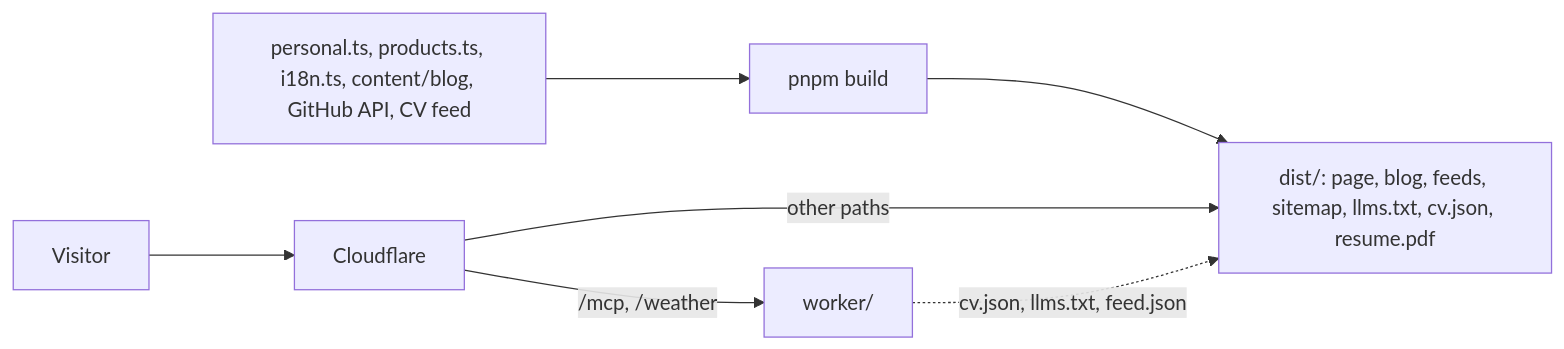
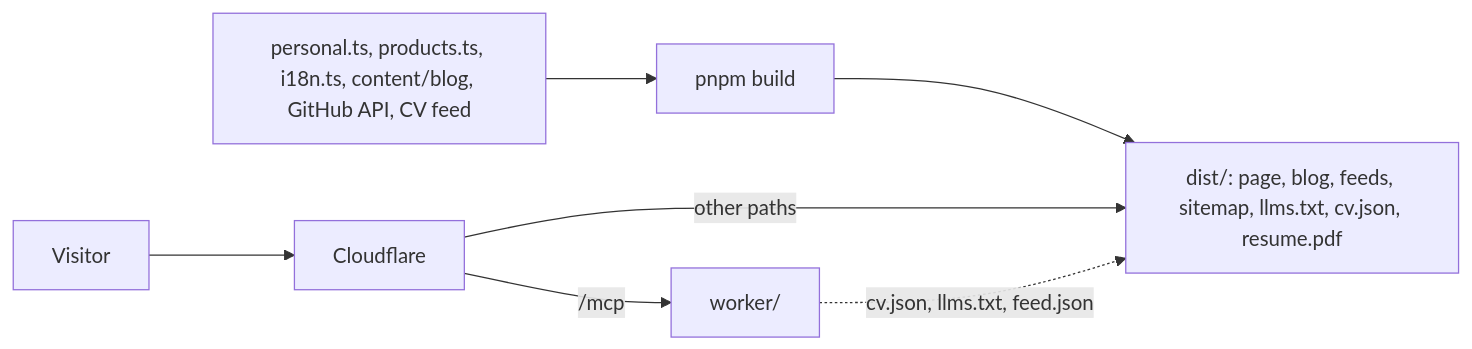
The diagram in README.md (pavstev/website), drawn with Mermaid before and after one commit. The commit also changed other lines of this file and 49 other files, not shown here.

````diff
--- a/README.md
+++ b/README.md
@@ -24,8 +24,8 @@
 ```mermaid
 flowchart LR
   data["personal.ts, products.ts, i18n.ts, content/blog, GitHub API, CV feed"] --> build["pnpm build"] --> dist["dist/: page, blog, feeds, sitemap, llms.txt, cv.json, resume.pdf"]
   visitor["Visitor"] --> cf["Cloudflare"]
   cf -- "other paths" --> dist
-  cf -- "/mcp, /weather" --> worker["worker/"]
+  cf -- "/mcp" --> worker["worker/"]
   worker -. "cv.json, llms.txt, feed.json" .-> dist
 ```
````
